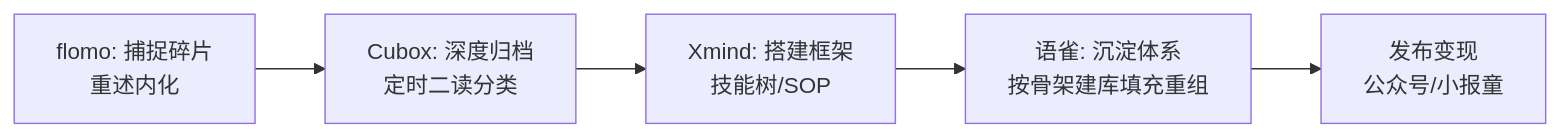
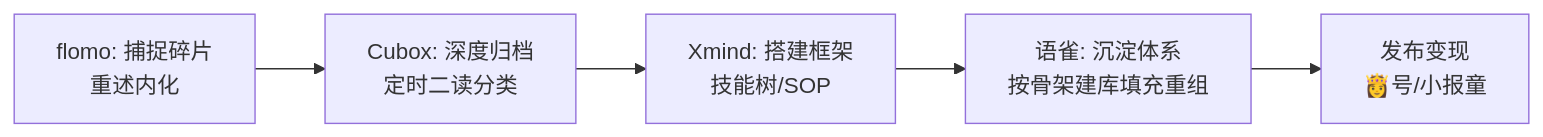
Before and after one commit to OpenDocCN1/flygon-zhuanqian-zhoubao: the seventh of 9 diagrams in docs/202304_paper2textbook/chapter_035.md, drawn with Mermaid. The commit also changed other lines of this file and 6688 other files, not shown here.

````diff
--- a/docs/202304_paper2textbook/chapter_035.md
+++ b/docs/202304_paper2textbook/chapter_035.md
@@ -829,7 +829,7 @@
 ```mermaid
 flowchart LR
     A[flomo: 捕捉碎片\n重述内化] --> B[Cubox: 深度归档\n定时二读分类]
     B --> C[Xmind: 搭建框架\n技能树/SOP]
     C --> D[语雀: 沉淀体系\n按骨架建库填充重组]
-    D --> E[发布变现\n公众号/小报童]
+    D --> E[发布变现\n👸号/小报童]
 ```
````
